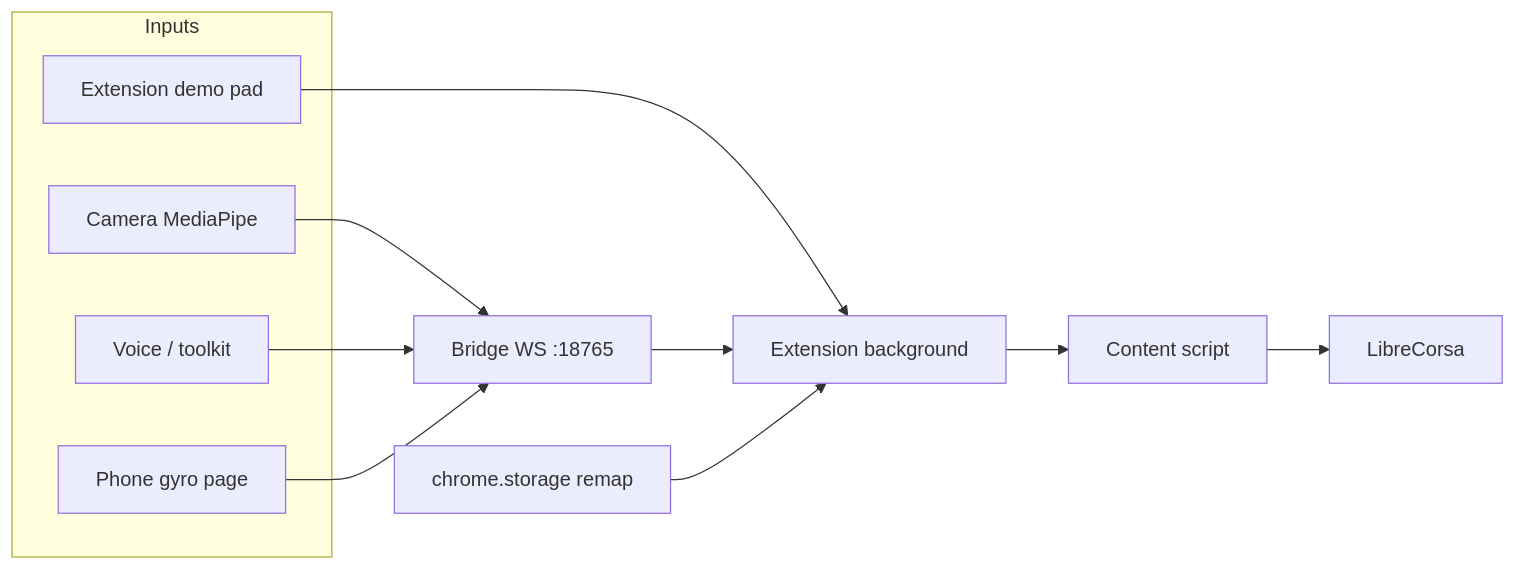
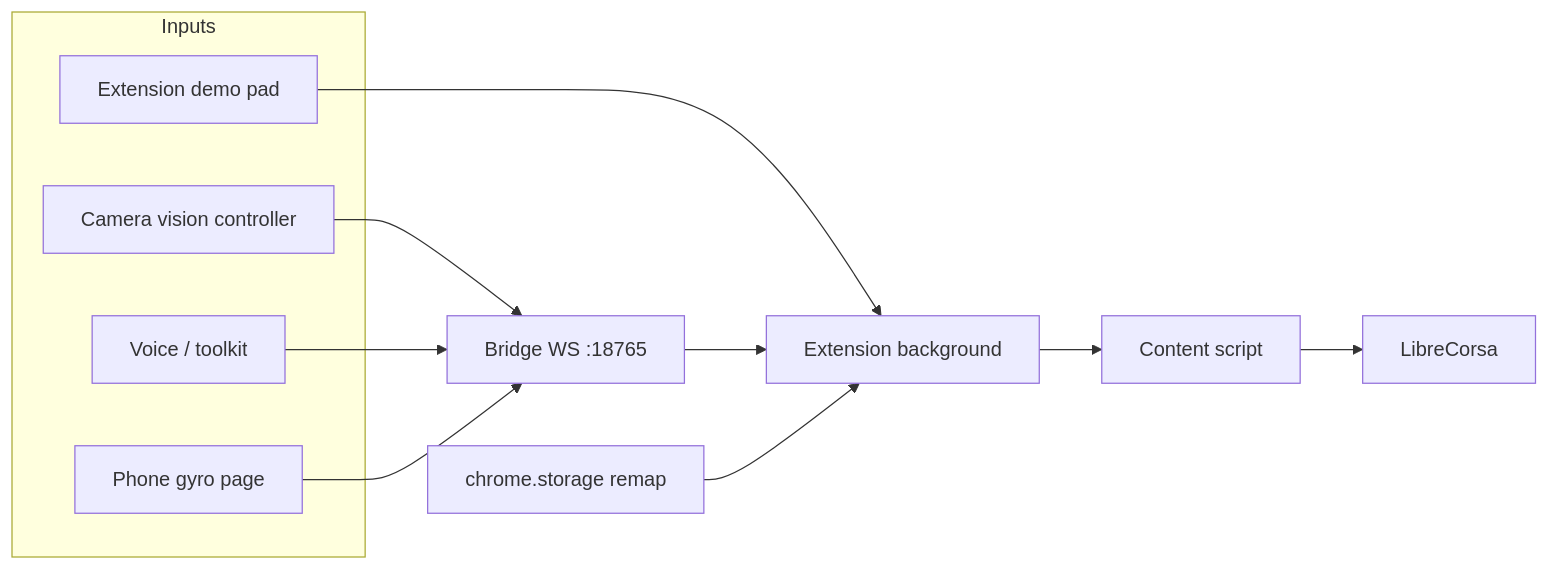
Before and after one commit to Isomkevin/game-night-access-adapter: the diagram in docs/architecture.md, drawn with Mermaid. The commit also changed other lines of this file and 27 other files, not shown here.

First line of the commit message:
feat: enhance camera accessibility input with vision-based gesture recognition

````diff
--- a/docs/architecture.md
+++ b/docs/architecture.md
@@ -34,22 +34,22 @@
 ```mermaid
 flowchart LR
   subgraph sources [Inputs]
     Demo[Extension demo pad]
-    Cam[Camera MediaPipe]
+    Cam[Camera vision controller]
     Voice[Voice / toolkit]
     Phone[Phone gyro page]
   end
   Bridge[Bridge WS :18765]
   Ext[Extension background]
   Remap[chrome.storage remap]
   CS[Content script]
   Game[LibreCorsa]
   Demo --> Ext
   Cam --> Bridge
   Voice --> Bridge
   Phone --> Bridge
   Bridge --> Ext
   Remap --> Ext
   Ext --> CS
   CS --> Game
 ```
````
